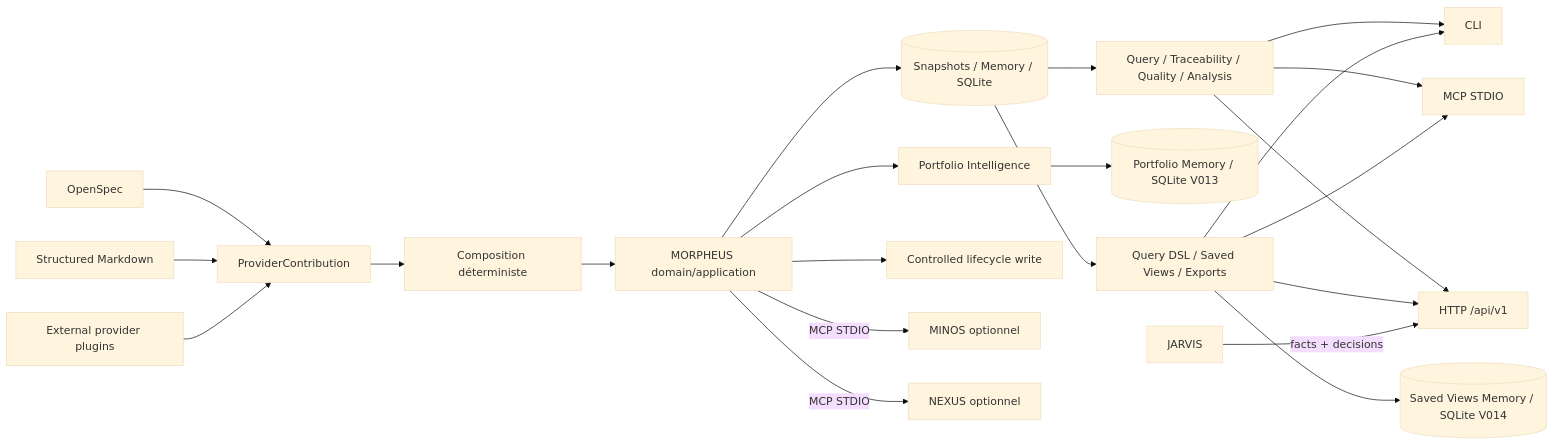
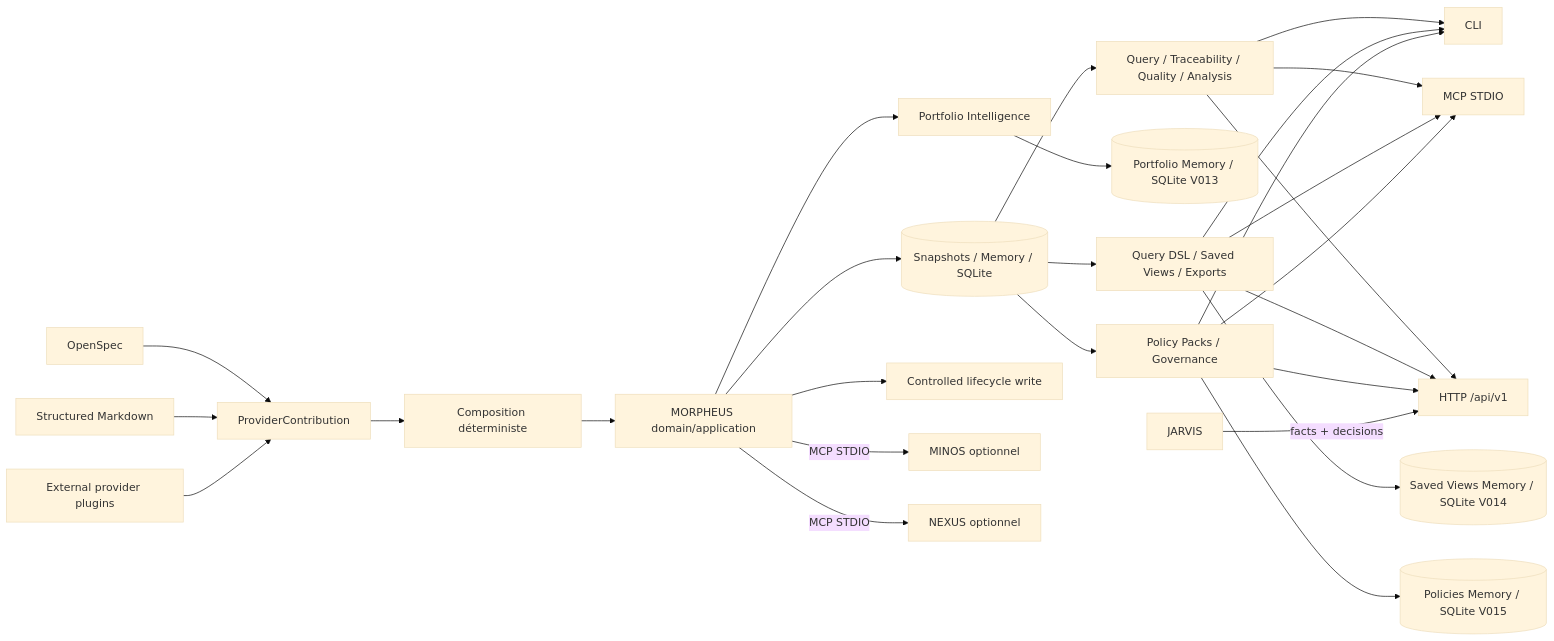
Before and after one commit to FTurleque/morpheus-engine: the diagram in docs/README.md, drawn with Mermaid (base theme). The commit also changed other lines of this file, not shown here.

````diff
--- a/docs/README.md
+++ b/docs/README.md
@@ -65,24 +69,29 @@
 ```mermaid
 flowchart LR
     O[OpenSpec] --> PC[ProviderContribution]
     MD[Structured Markdown] --> PC
     XP[External provider plugins] --> PC
     PC --> C[Composition déterministe]
     C --> M[MORPHEUS domain/application]
     M --> S[(Snapshots / Memory / SQLite)]
     S --> Q[Query / Traceability / Quality / Analysis]
     M --> P[Portfolio Intelligence]
     P --> PS[(Portfolio Memory / SQLite V013)]
     S --> D[Query DSL / Saved Views / Exports]
     D --> SV[(Saved Views Memory / SQLite V014)]
+    S --> G[Policy Packs / Governance]
+    G --> PG[(Policies Memory / SQLite V015)]
     Q --> CLI[CLI]
     D --> CLI
+    G --> CLI
     Q --> MCP[MCP STDIO]
     D --> MCP
+    G --> MCP
     Q --> API[HTTP /api/v1]
     D --> API
+    G --> API
     M --> W[Controlled lifecycle write]
     M -->|MCP STDIO| MINOS[MINOS optionnel]
     M -->|MCP STDIO| NEXUS[NEXUS optionnel]
     J[JARVIS] -->|facts + decisions| API
 ```
````
